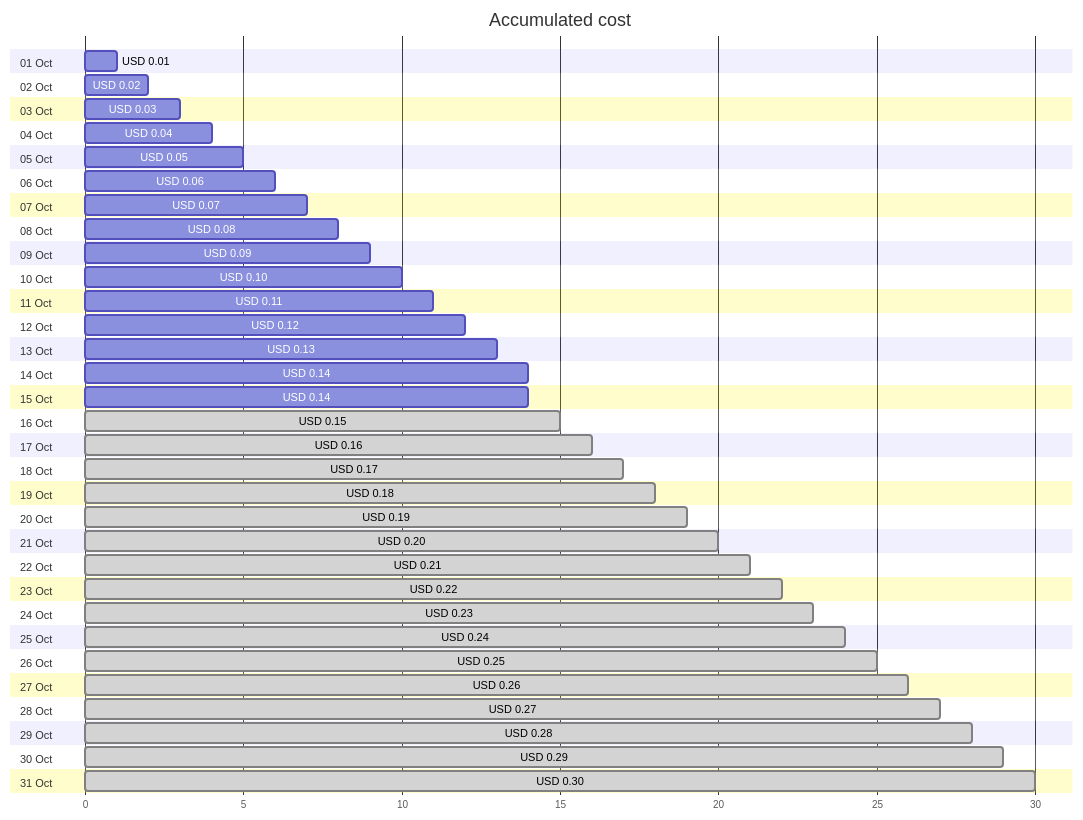
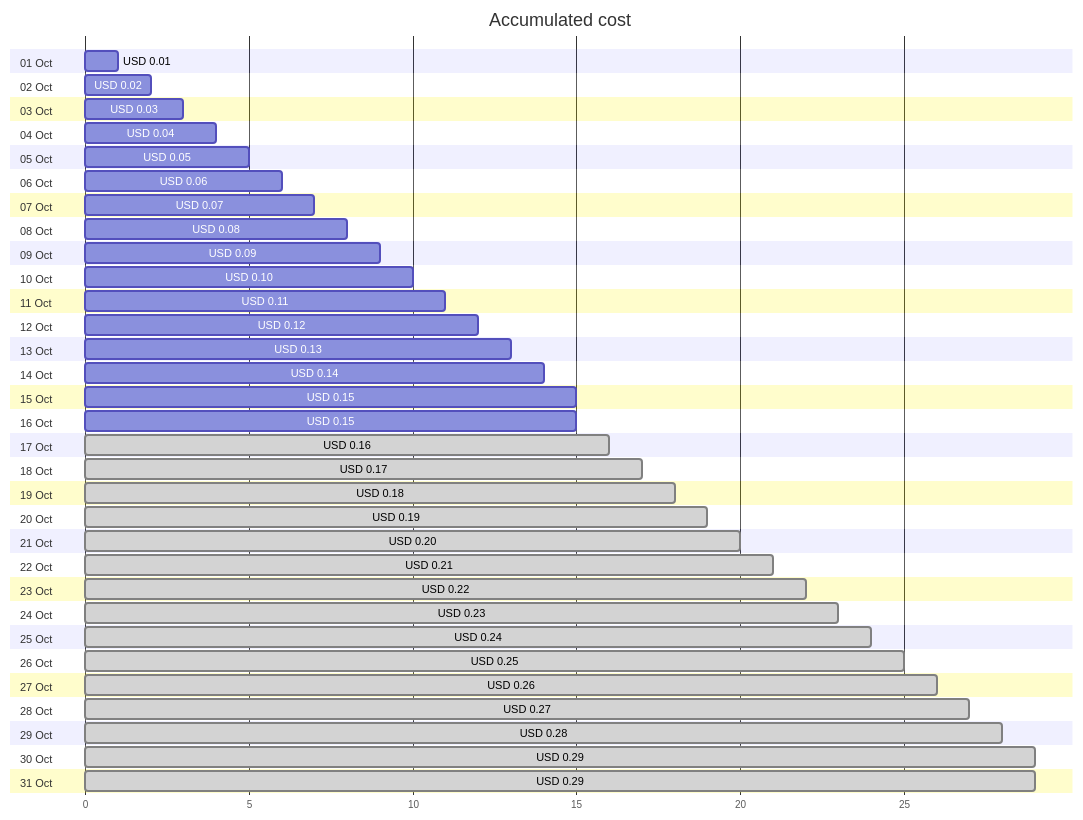
One commit to jpfulton/azure-personal-reports changed the first of 4 diagrams in cost-reports/cloud-shell-storage-eastus/README.md. Above: the diagram before and after it, drawn with Mermaid. The commit also changed other lines of this file and 1 other file, not shown here.

````diff
--- a/cost-reports/cloud-shell-storage-eastus/README.md
+++ b/cost-reports/cloud-shell-storage-eastus/README.md
@@ -20,68 +20,68 @@
 ```mermaid
 gantt
    title Accumulated cost
    dateFormat  X
    axisFormat %s
    section 01 Oct
    USD 0.01 :0, 1
    section 02 Oct
    USD 0.02 :0, 2
    section 03 Oct
    USD 0.03 :0, 3
    section 04 Oct
    USD 0.04 :0, 4
    section 05 Oct
    USD 0.05 :0, 5
    section 06 Oct
    USD 0.06 :0, 6
    section 07 Oct
    USD 0.07 :0, 7
    section 08 Oct
    USD 0.08 :0, 8
    section 09 Oct
    USD 0.09 :0, 9
    section 10 Oct
    USD 0.10 :0, 10
    section 11 Oct
    USD 0.11 :0, 11
    section 12 Oct
    USD 0.12 :0, 12
    section 13 Oct
    USD 0.13 :0, 13
    section 14 Oct
    USD 0.14 :0, 14
    section 15 Oct
-   USD 0.14 :0, 14
+   USD 0.15 :0, 15
    section 16 Oct
-   USD 0.15 : done, 0, 15
+   USD 0.15 :0, 15
    section 17 Oct
    USD 0.16 : done, 0, 16
    section 18 Oct
    USD 0.17 : done, 0, 17
    section 19 Oct
    USD 0.18 : done, 0, 18
    section 20 Oct
    USD 0.19 : done, 0, 19
    section 21 Oct
    USD 0.20 : done, 0, 20
    section 22 Oct
    USD 0.21 : done, 0, 21
    section 23 Oct
    USD 0.22 : done, 0, 22
    section 24 Oct
    USD 0.23 : done, 0, 23
    section 25 Oct
    USD 0.24 : done, 0, 24
    section 26 Oct
    USD 0.25 : done, 0, 25
    section 27 Oct
    USD 0.26 : done, 0, 26
    section 28 Oct
    USD 0.27 : done, 0, 27
    section 29 Oct
    USD 0.28 : done, 0, 28
    section 30 Oct
    USD 0.29 : done, 0, 29
    section 31 Oct
-   USD 0.30 : done, 0, 30
+   USD 0.29 : done, 0, 29
 ```
````
